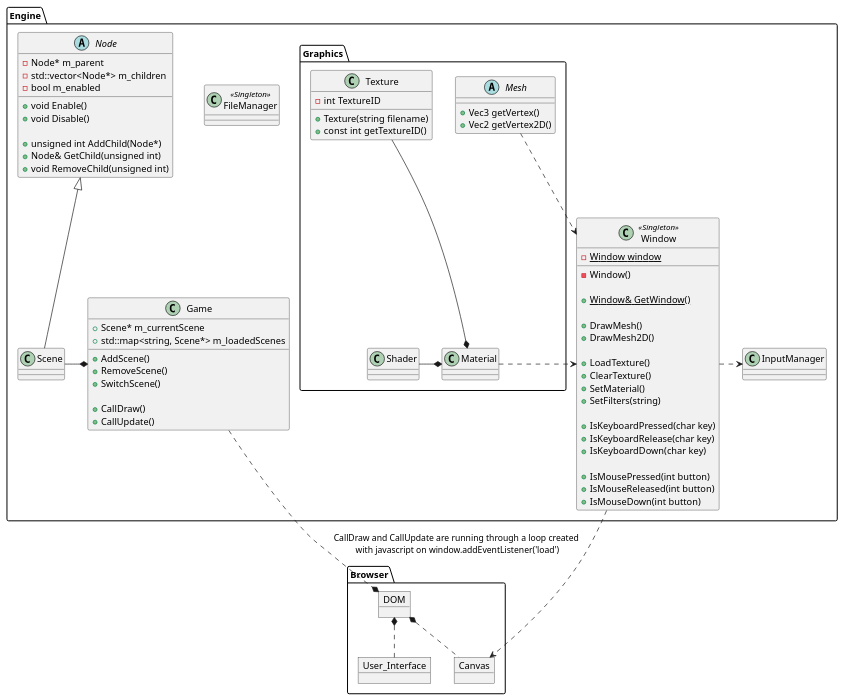
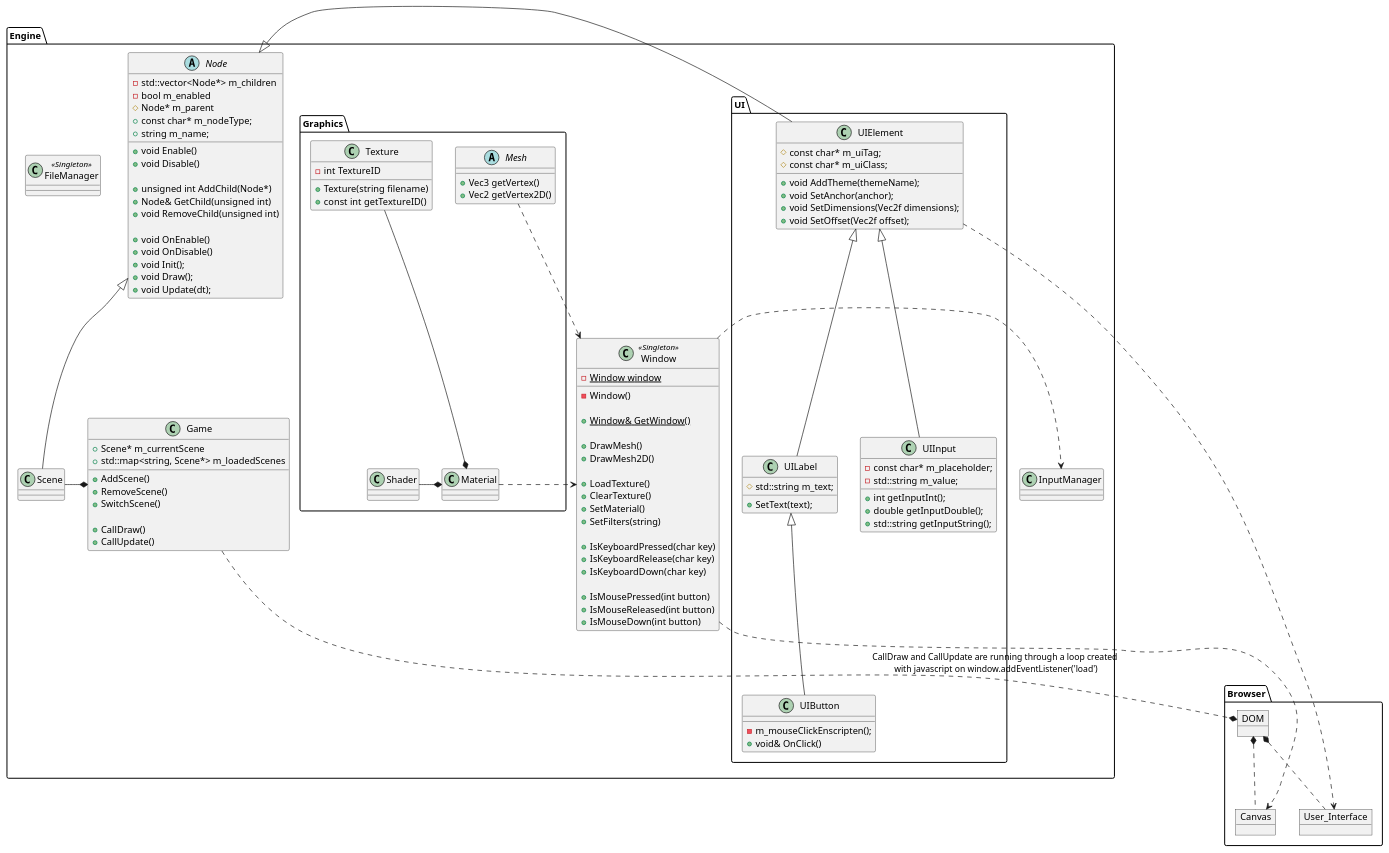
The diagram in docs/architecture.puml (MesaGuildeTeam/Carpenter-Engine), drawn with PlantUML before and after one commit. The commit also changed 1 other file, not shown here.

```diff
--- a/docs/architecture.puml
+++ b/docs/architecture.puml
@@ -1,113 +1,156 @@
 @startuml EngineArchitecture
 
 namespace Engine {
   class Window <<Singleton>> {
     - {static} Window window
     - {method} Window()
 
     + {method} {static} Window& GetWindow()
     
     + {method} DrawMesh()
     + {method} DrawMesh2D()
 
     + {method} LoadTexture()
     + {method} ClearTexture()
     + {method} SetMaterial()
     + {method} SetFilters(string)
 
     + {method} IsKeyboardPressed(char key)
     + {method} IsKeyboardRelease(char key)
     + {method} IsKeyboardDown(char key)
 
     + {method} IsMousePressed(int button)
     + {method} IsMouseReleased(int button)
     + {method} IsMouseDown(int button)
   }
 
   class FileManager <<Singleton>> {
     
   }
 
   class Game {
     + Scene* m_currentScene
     + std::map<string, Scene*> m_loadedScenes
     
     + {method} AddScene()
     + {method} RemoveScene()
     + {method} SwitchScene()
 
     + {method} CallDraw()
     + {method} CallUpdate()
   }
   
   abstract Node {
-    - Node* m_parent
     - std::vector<Node*> m_children
     - bool m_enabled
+    # Node* m_parent
+    + const char* m_nodeType;
+    + string m_name;
 
     + {method} void Enable()
     + {method} void Disable()
 
     + {method} unsigned int AddChild(Node*)
     + {method} Node& GetChild(unsigned int)
     + {method} void RemoveChild(unsigned int)
+
+    + {method} void OnEnable()
+    + {method} void OnDisable()
+    + {method} void Init();
+    + {method} void Draw();
+    + {method} void Update(dt);
   }
 
   class Scene extends Node
 
   class InputManager {
 
   }
 
   Scene -* Game
   Window .> InputManager
+
+  namespace UI {
+    class UIElement {
+      # const char* m_uiTag;
+      # const char* m_uiClass;
+
+      + {method} void AddTheme(themeName);
+      + {method} void SetAnchor(anchor);
+      + {method} void SetDimensions(Vec2f dimensions);
+      + {method} void SetOffset(Vec2f offset);
+    }
+
+    class UILabel extends UIElement {
+      # std::string m_text;
+
+      + {method} SetText(text);
+    }
+
+    class UIButton extends UILabel {
+      - {method} m_mouseClickEnscripten();
+      + void& OnClick()
+    }
+
+    class UIInput extends UIElement {
+      - const char* m_placeholder;
+      - std::string m_value;
+
+      + {method} int getInputInt();
+      + {method} double getInputDouble();
+      + {method} std::string getInputString();
+    }
+  }
+
+  UI.UIElement -|> Node
 
   namespace Graphics {
     abstract Mesh {
       + {method} Vec3 getVertex()
       + {method} Vec2 getVertex2D()
     }
 
     class Texture {
       - int TextureID
       + {method} Texture(string filename)
       + {method} const int getTextureID()
     }
 
     class Shader {
 
     }
 
     class Material {
 
     }
 
     Texture --* Material    
     Shader -* Material
   }
 
   Graphics.Material .> Window
   Graphics.Mesh .> Window
 }
 
 namespace Browser {
   Object Canvas {
 
   }
 
   Object User_Interface {
 
   }
 
   Object DOM {
 
   }
 
   DOM *.. User_Interface
   DOM *.. Canvas
 }
 
 Engine.Window .> Browser.Canvas
 Engine.Game ..* Browser.DOM : "CallDraw and CallUpdate are running through a loop created \nwith javascript on window.addEventListener('load')"
+Engine.UI.UIElement ..> Browser.User_Interface
 
 @enduml
```
